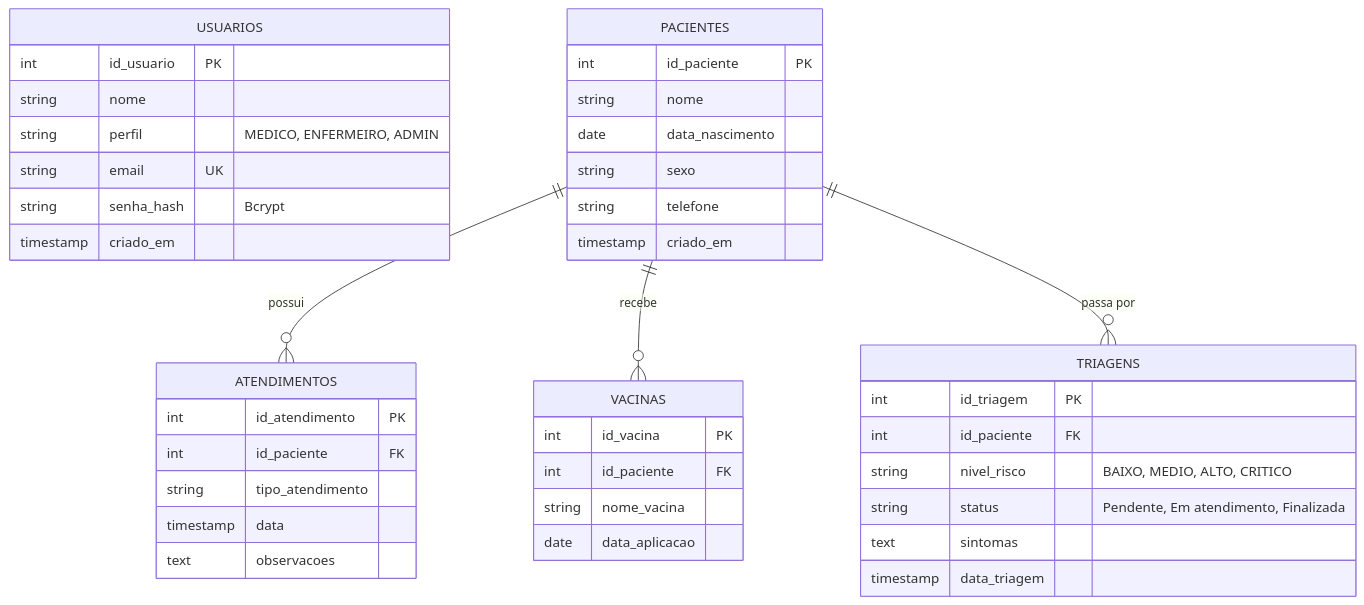
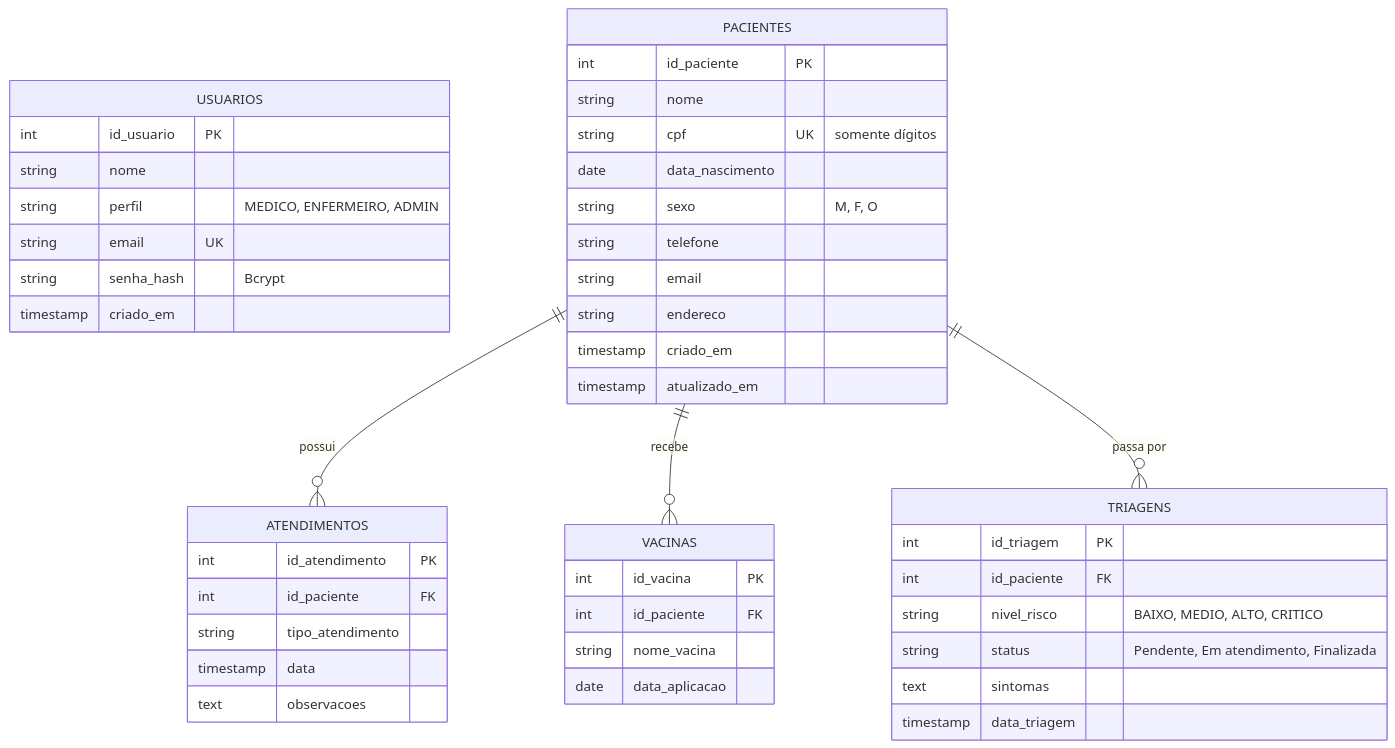
The first of 2 diagrams in docs/diagrams/modelo_dados.md (fdans104/healthsys-distribuido), drawn with Mermaid before and after one commit. The commit also changed 67 other files, not shown here.

````diff
--- a/docs/diagrams/modelo_dados.md
+++ b/docs/diagrams/modelo_dados.md
@@ -4,48 +4,52 @@
 ```mermaid
 erDiagram
     USUARIOS {
         int id_usuario PK
         string nome
         string perfil "MEDICO, ENFERMEIRO, ADMIN"
         string email UK
         string senha_hash "Bcrypt"
         timestamp criado_em
     }
     
     PACIENTES {
         int id_paciente PK
         string nome
+        string cpf UK "somente dígitos"
         date data_nascimento
-        string sexo
+        string sexo "M, F, O"
         string telefone
+        string email
+        string endereco
         timestamp criado_em
+        timestamp atualizado_em
     }
     
     ATENDIMENTOS {
         int id_atendimento PK
         int id_paciente FK
         string tipo_atendimento
         timestamp data
         text observacoes
     }
     
     VACINAS {
         int id_vacina PK
         int id_paciente FK
         string nome_vacina
         date data_aplicacao
     }
     
     TRIAGENS {
         int id_triagem PK
         int id_paciente FK
         string nivel_risco "BAIXO, MEDIO, ALTO, CRITICO"
         string status "Pendente, Em atendimento, Finalizada"
         text sintomas
         timestamp data_triagem
     }
 
     PACIENTES ||--o{ ATENDIMENTOS : "possui"
     PACIENTES ||--o{ VACINAS : "recebe"
     PACIENTES ||--o{ TRIAGENS : "passa por"
 ```
````
